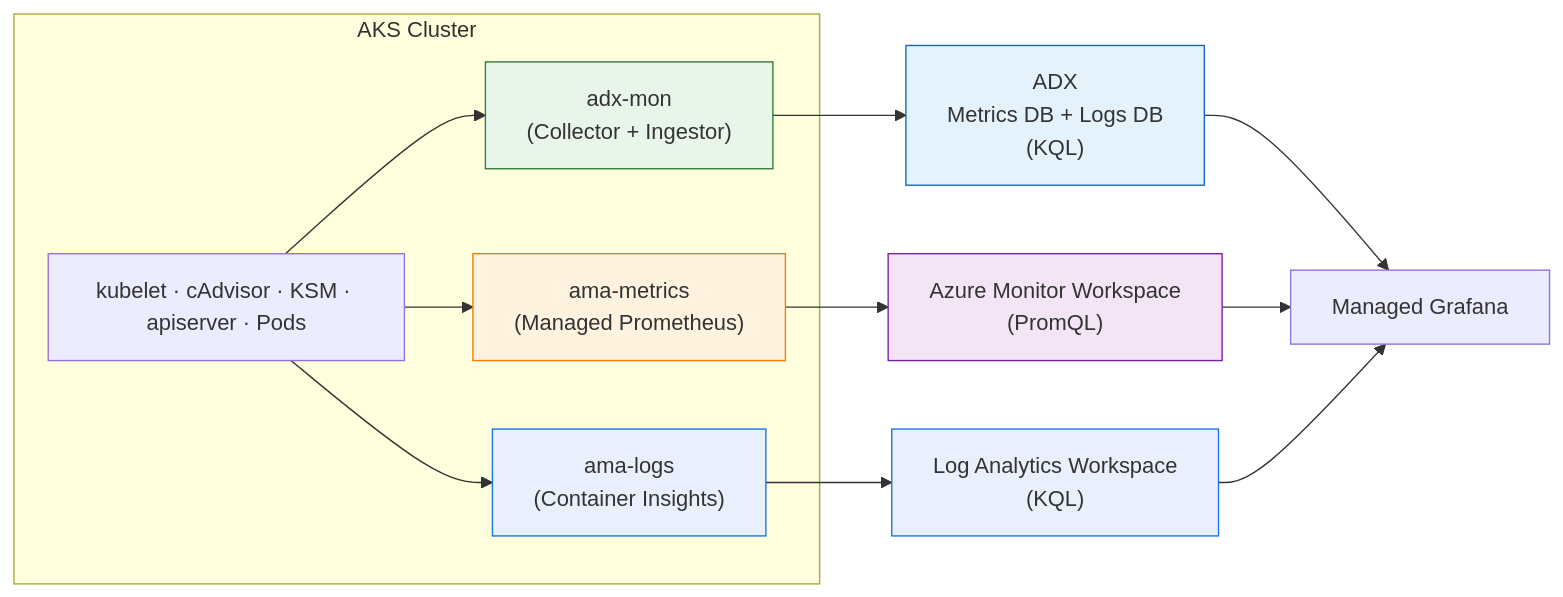
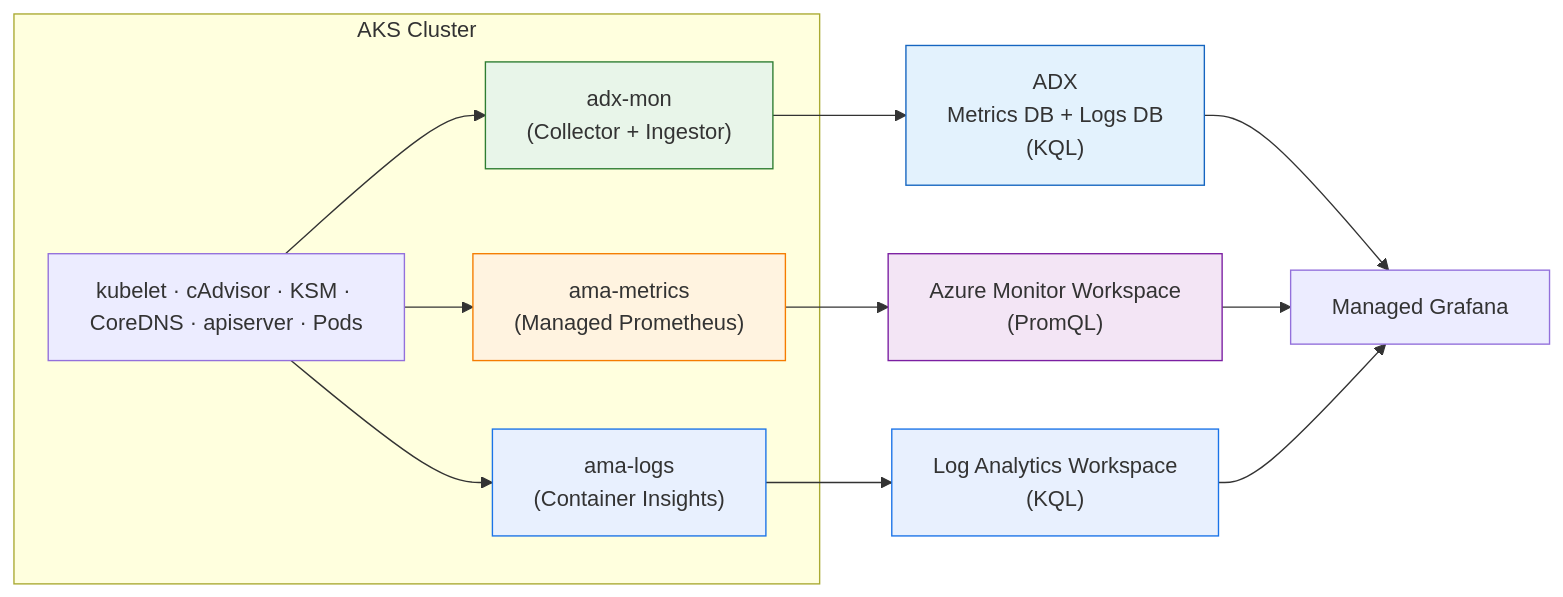
One commit to michaelsena-msft/adx-mon-demo changed the diagram in COMPARISONS.md. Above: the diagram before and after it, drawn with Mermaid. The commit also changed other lines of this file and 1 other file, not shown here.

Commit message:
docs: update metrics + module graph

````diff
--- a/COMPARISONS.md
+++ b/COMPARISONS.md
@@ -11,28 +11,28 @@
 ```mermaid
 graph LR
     subgraph AKS["AKS Cluster"]
-        Sources["kubelet · cAdvisor · KSM · apiserver · Pods"]
+        Sources["kubelet · cAdvisor · KSM · CoreDNS · apiserver · Pods"]
         ADXMon["adx-mon<br/>(Collector + Ingestor)"]
         AMA["ama-metrics<br/>(Managed Prometheus)"]
         AMALogs["ama-logs<br/>(Container Insights)"]
     end
 
     Sources --> ADXMon
     Sources --> AMA
     Sources --> AMALogs
 
     ADXMon --> ADX["ADX<br/>Metrics DB + Logs DB<br/>(KQL)"]
     AMA --> AMW["Azure Monitor Workspace<br/>(PromQL)"]
     AMALogs --> LAW["Log Analytics Workspace<br/>(KQL)"]
 
     ADX --> Grafana["Managed Grafana"]
     AMW --> Grafana
     LAW --> Grafana
 
     style ADXMon fill:#e8f5e9,stroke:#2e7d32
     style AMA fill:#fff3e0,stroke:#f57c00
     style AMALogs fill:#e8f0fe,stroke:#1a73e8
     style ADX fill:#e3f2fd,stroke:#1565c0
     style AMW fill:#f3e5f5,stroke:#7b1fa2
     style LAW fill:#e8f0fe,stroke:#1a73e8
 ```
````
